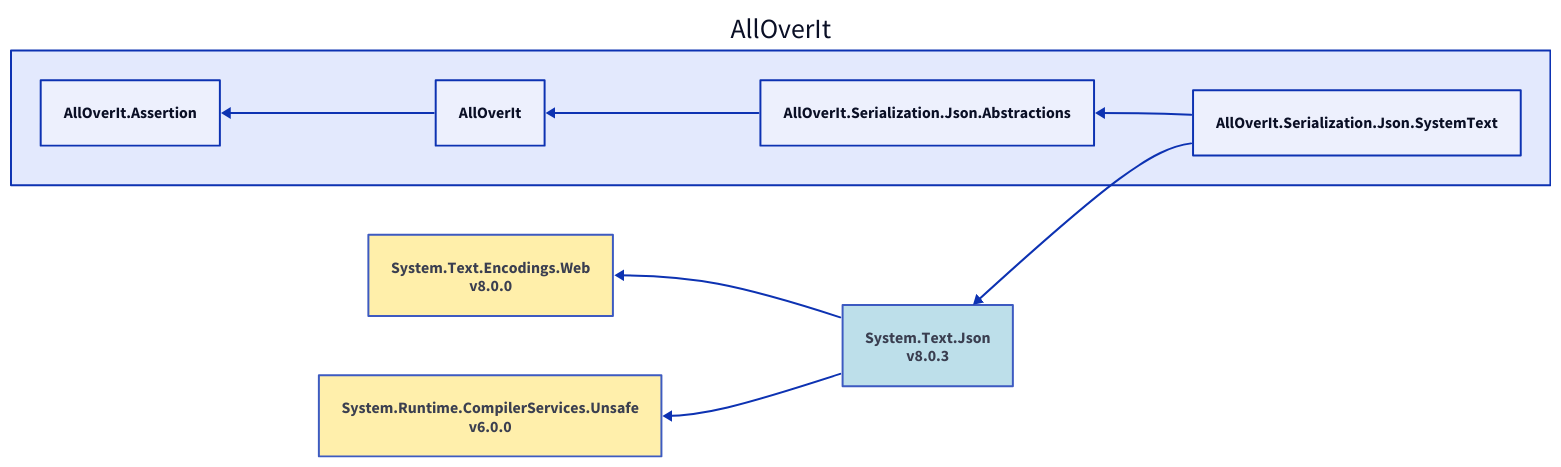
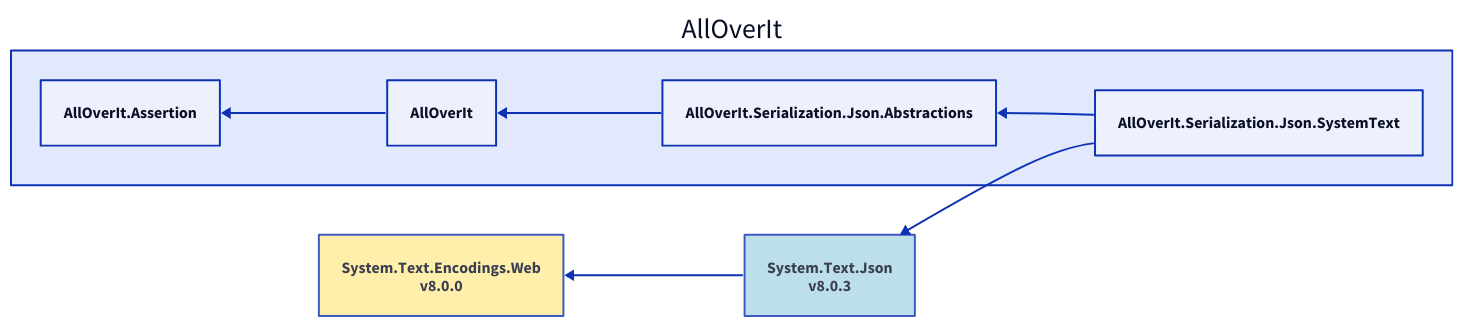
One commit to mjfreelancing/AllOverIt changed the diagram in Docs/Reference/Content/images/dependencies/net7.0/alloverit-serialization-json-systemtext.d2. Above: the diagram before and after it, drawn with D2. The commit also changed 194 other files, not shown here.

```diff
--- a/Docs/Reference/Content/images/dependencies/net7.0/alloverit-serialization-json-systemtext.d2
+++ b/Docs/Reference/Content/images/dependencies/net7.0/alloverit-serialization-json-systemtext.d2
@@ -1,22 +1,18 @@
 direction: left
 
 aoi: AllOverIt
 aoi.alloverit-serialization-json-systemtext: AllOverIt.Serialization.Json.SystemText
 system-text-json_8-0-3: System.Text.Json\nv8.0.3
 system-text-json_8-0-3.style.fill: "#ADD8E6"
 system-text-json_8-0-3.style.opacity: 0.8
 system-text-encodings-web_8-0-0: System.Text.Encodings.Web\nv8.0.0
 system-text-encodings-web_8-0-0.style.fill: "#FFEC96"
 system-text-encodings-web_8-0-0.style.opacity: 0.8
 system-text-encodings-web_8-0-0 <- system-text-json_8-0-3
-system-runtime-compilerservices-unsafe_6-0-0: System.Runtime.CompilerServices.Unsafe\nv6.0.0
-system-runtime-compilerservices-unsafe_6-0-0.style.fill: "#FFEC96"
-system-runtime-compilerservices-unsafe_6-0-0.style.opacity: 0.8
-system-runtime-compilerservices-unsafe_6-0-0 <- system-text-json_8-0-3
 system-text-json_8-0-3 <- aoi.alloverit-serialization-json-systemtext
 aoi.alloverit-serialization-json-abstractions: AllOverIt.Serialization.Json.Abstractions
 aoi.alloverit: AllOverIt
 aoi.alloverit-assertion: AllOverIt.Assertion
 aoi.alloverit-assertion <- aoi.alloverit
 aoi.alloverit <- aoi.alloverit-serialization-json-abstractions
 aoi.alloverit-serialization-json-abstractions <- aoi.alloverit-serialization-json-systemtext
```
